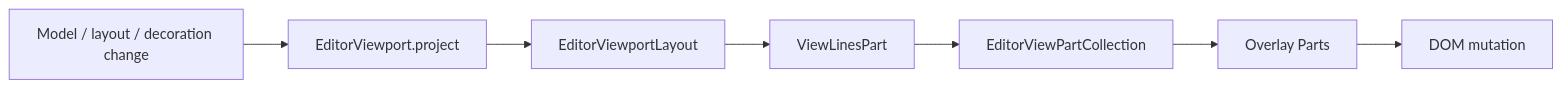
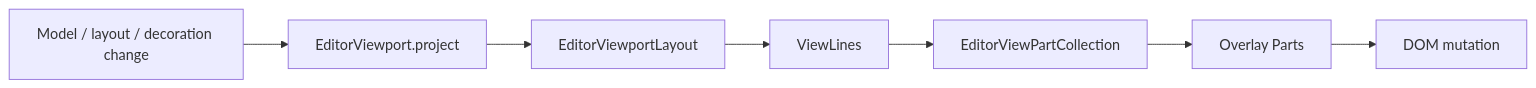
Before and after one commit to chogng/zeta: the second of 2 diagrams in zeta-ts/src/zeta/editor/text-engine.md, drawn with Mermaid. The commit also changed other lines of this file and 47 other files, not shown here.

````diff
--- a/zeta-ts/src/zeta/editor/text-engine.md
+++ b/zeta-ts/src/zeta/editor/text-engine.md
@@ -90,9 +90,9 @@
 ```mermaid
 flowchart LR
     Change[Model / layout / decoration change] --> Project[EditorViewport.project]
     Project --> Layout[EditorViewportLayout]
-    Layout --> Lines[ViewLinesPart]
+    Layout --> Lines[ViewLines]
     Lines --> Parts[EditorViewPartCollection]
     Parts --> Overlay[Overlay Parts]
     Overlay --> DOM[DOM mutation]
 ```
````
